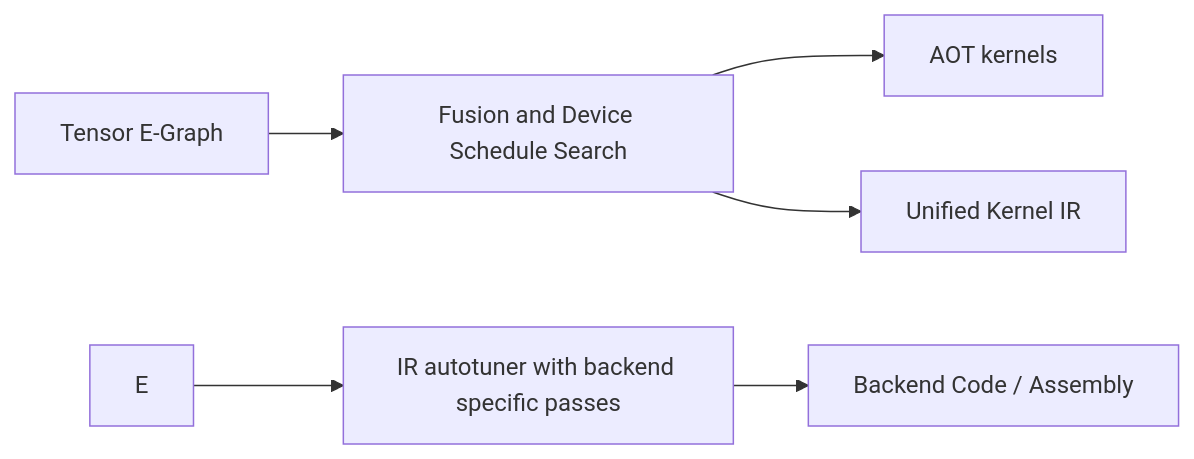
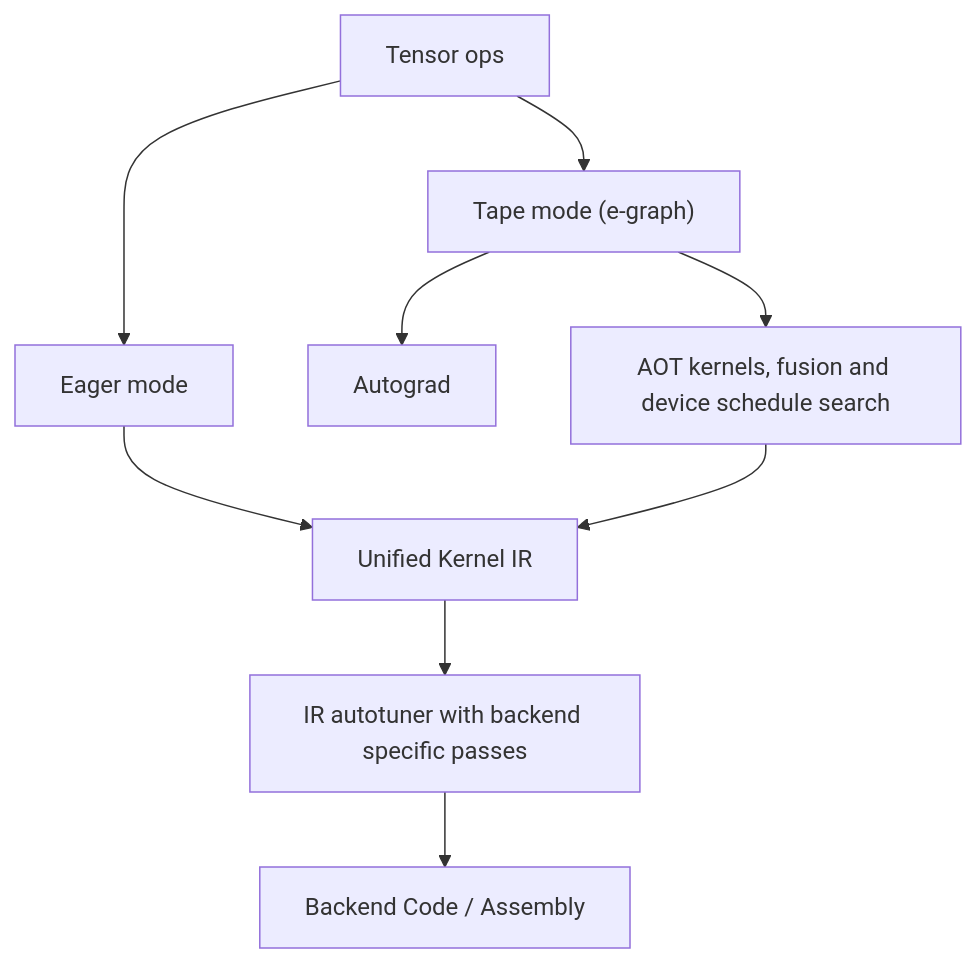
Before and after one commit to zk4x/zyx: the diagram in README.md, drawn with Mermaid. The commit also changed other lines of this file and 2 other files, not shown here.

````diff
--- a/README.md
+++ b/README.md
@@ -147,8 +198,11 @@
 ```mermaid
-flowchart LR
-    A["Tensor E-Graph"] --> B["Fusion and Device Schedule Search"]
-    B --> C["AOT kernels"]
-    B --> D["Unified Kernel IR"]
-    E --> F["IR autotuner with backend specific passes"]
-    F --> G["Backend Code / Assembly"]
+graph TD
+    A["Tensor ops"] --> B["Eager mode"]
+    A --> C["Tape mode (e-graph)"]
+    C --> D["Autograd"]
+    C --> E["AOT kernels, fusion and device schedule search"]
+    B --> F["Unified Kernel IR"]
+    E --> F
+    F --> G["IR autotuner with backend specific passes"]
+    G --> H["Backend Code / Assembly"]
 ```
````
